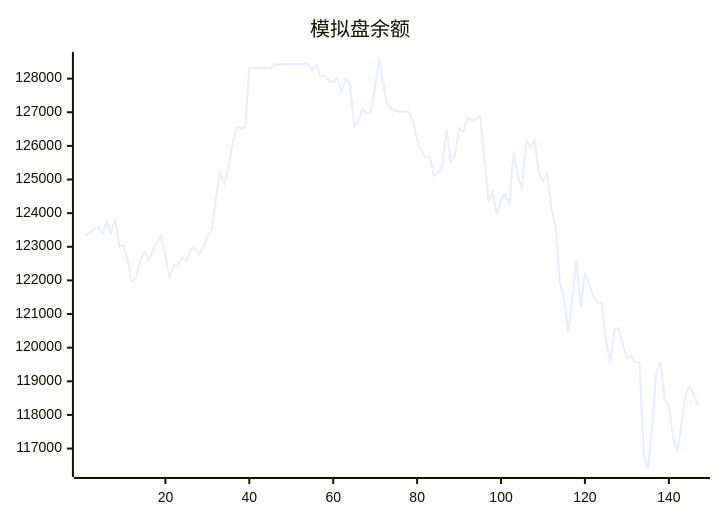
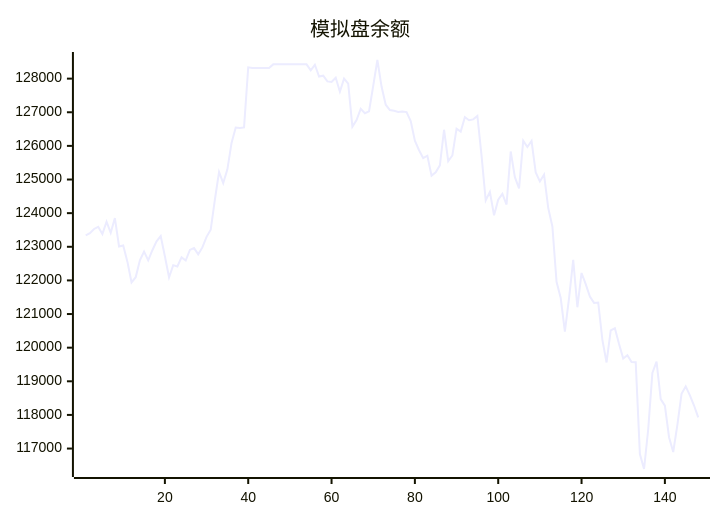
The diagram in README.md (aahl/ai-trading), drawn with Mermaid before and after one commit. The commit also changed other lines of this file and 1 other file, not shown here.

````diff
--- a/README.md
+++ b/README.md
@@ -5,5 +5,5 @@
 ```mermaid
 xychart
     title "模拟盘余额"
-    line [123338,123402,123530,123592,123378,123745,123413,123853,123009,123040,122557,121938,122095,122599,122856,122597,122898,123160,123319,122719,122087,122454,122416,122685,122592,122907,122961,122776,122981,123295,123507,124403,125224,124894,125303,126088,126544,126534,126549,128335,128318,128318,128318,128318,128318,128424,128424,128424,128424,128424,128424,128424,128424,128424,128247,128412,128062,128087,127917,127901,128026,127611,128000,127850,126572,126770,127100,126971,127029,127783,128554,127765,127224,127064,127044,127009,127025,127004,126738,126152,125871,125635,125707,125117,125217,125420,126480,125545,125715,126511,126424,126856,126764,126788,126890,125710,124381,124632,123936,124402,124574,124256,125833,125070,124739,126154,125966,126145,125213,124943,125143,124157,123604,121959,121476,120476,121470,122610,121201,122221,121889,121522,121332,121344,120232,119559,120513,120577,120108,119680,119777,119572,119568,116839,116392,117573,119250,119585,118469,118277,117338,116897,117706,118628,118849,118579,118280]
+    line [123338,123402,123530,123592,123378,123745,123413,123853,123009,123040,122557,121938,122095,122599,122856,122597,122898,123160,123319,122719,122087,122454,122416,122685,122592,122907,122961,122776,122981,123295,123507,124403,125224,124894,125303,126088,126544,126534,126549,128335,128318,128318,128318,128318,128318,128424,128424,128424,128424,128424,128424,128424,128424,128424,128247,128412,128062,128087,127917,127901,128026,127611,128000,127850,126572,126770,127100,126971,127029,127783,128554,127765,127224,127064,127044,127009,127025,127004,126738,126152,125871,125635,125707,125117,125217,125420,126480,125545,125715,126511,126424,126856,126764,126788,126890,125710,124381,124632,123936,124402,124574,124256,125833,125070,124739,126154,125966,126145,125213,124943,125143,124157,123604,121959,121476,120476,121470,122610,121201,122221,121889,121522,121332,121344,120232,119559,120513,120577,120108,119680,119777,119572,119568,116839,116392,117573,119250,119585,118469,118277,117338,116897,117706,118628,118849,118579,118280,117926]
 ```
````
